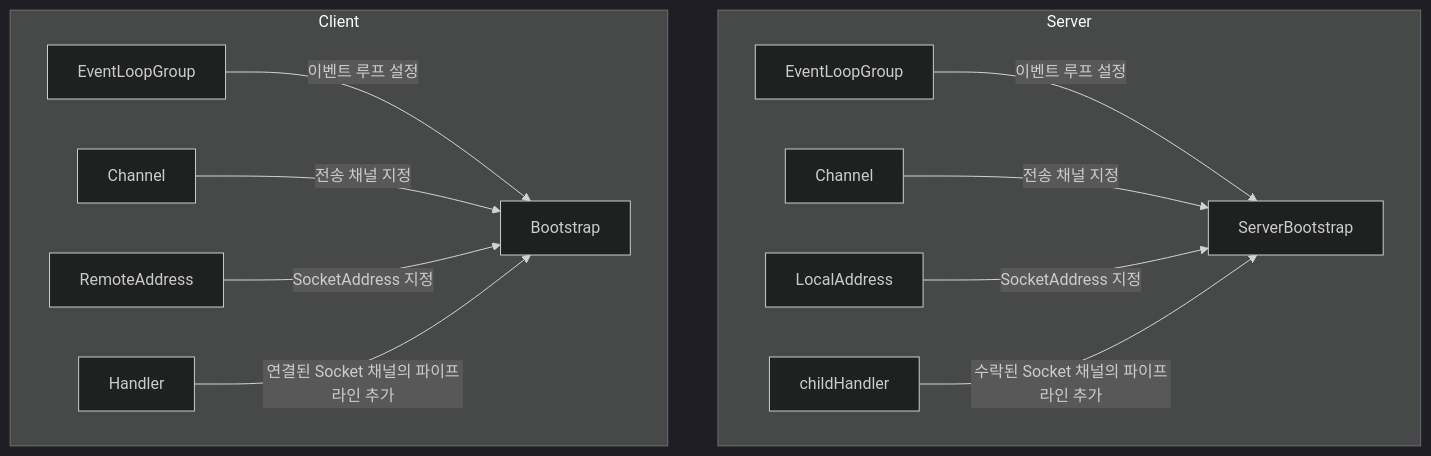
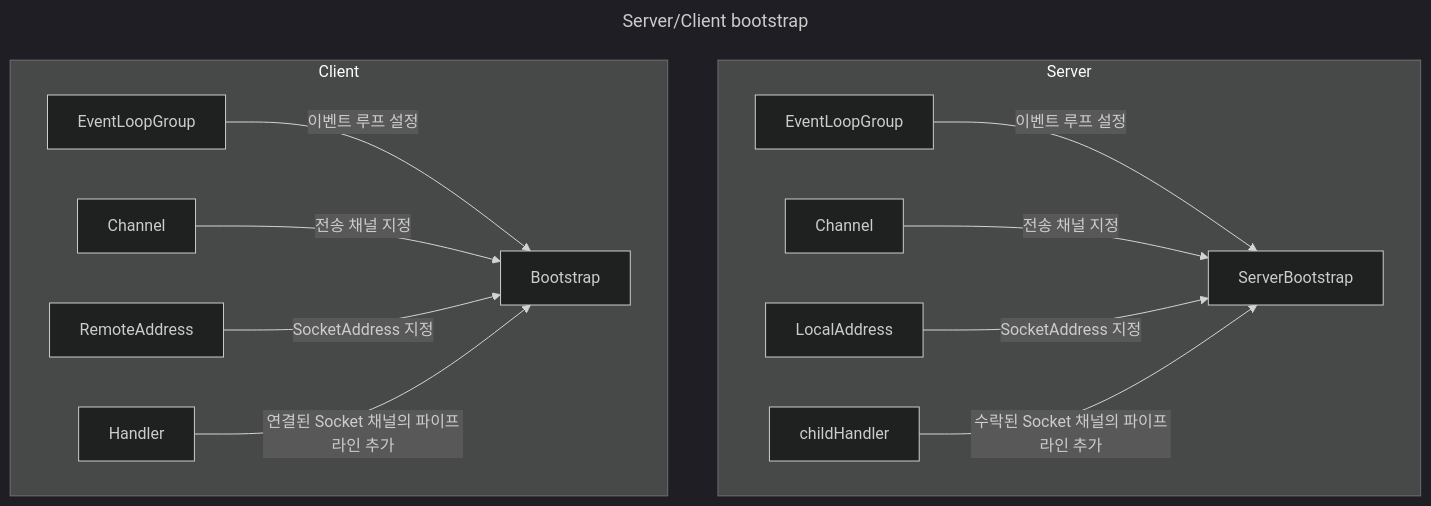
One commit to kyungrae/study changed the first of 4 diagrams in netty-in-action/readme.md. Above: the diagram before and after it, drawn with Mermaid (dark theme). The commit also changed other lines of this file, not shown here.

````diff
--- a/netty-in-action/readme.md
+++ b/netty-in-action/readme.md
@@ -32,16 +32,19 @@
 ```mermaid
+---
+title: Server/Client bootstrap
+---
 flowchart
   subgraph Server
     ServerEventLoopGrop["EventLoopGroup"] --이벤트 루프 설정--> ServerBootstrap
     ServerChannel["Channel"] --전송 채널 지정--> ServerBootstrap
     LocalAddress --SocketAddress 지정--> ServerBootstrap
     childHandler --수락된 Socket 채널의 파이프라인 추가--> ServerBootstrap
   end 
   
   subgraph Client
     ClientEventLoopGroup["EventLoopGroup"] --이벤트 루프 설정--> Bootstrap
     ClientChannel["Channel"] --전송 채널 지정--> Bootstrap
     RemoteAddress --SocketAddress 지정--> Bootstrap
     Handler --연결된 Socket 채널의 파이프라인 추가--> Bootstrap
   end
 ```
````
